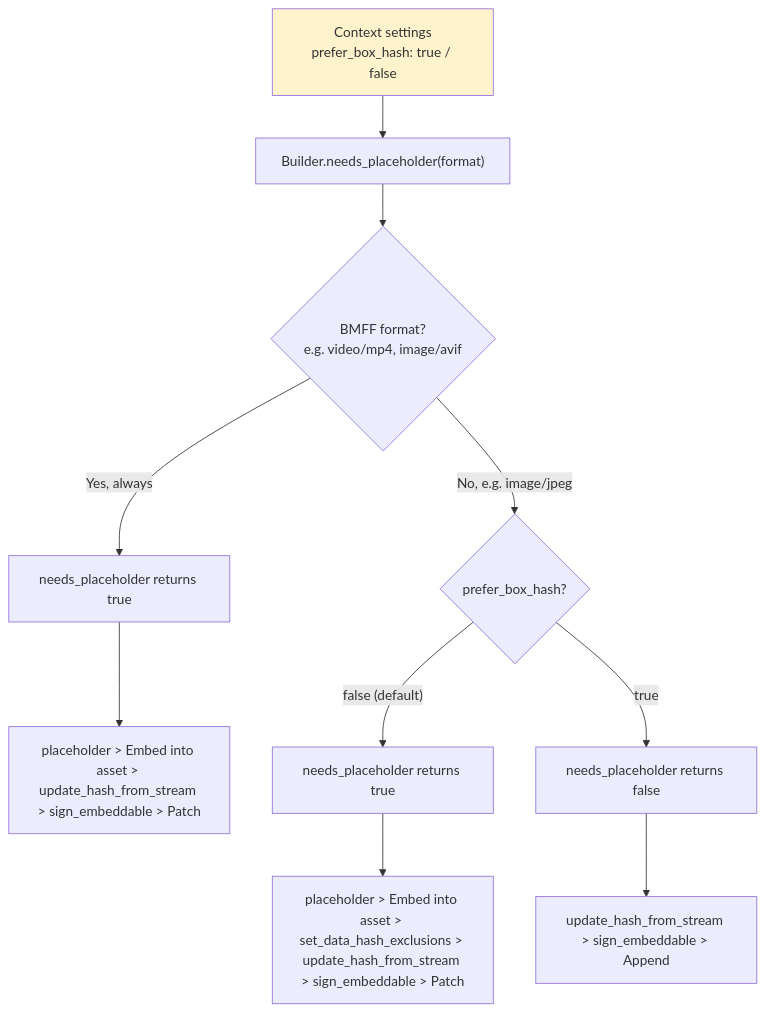
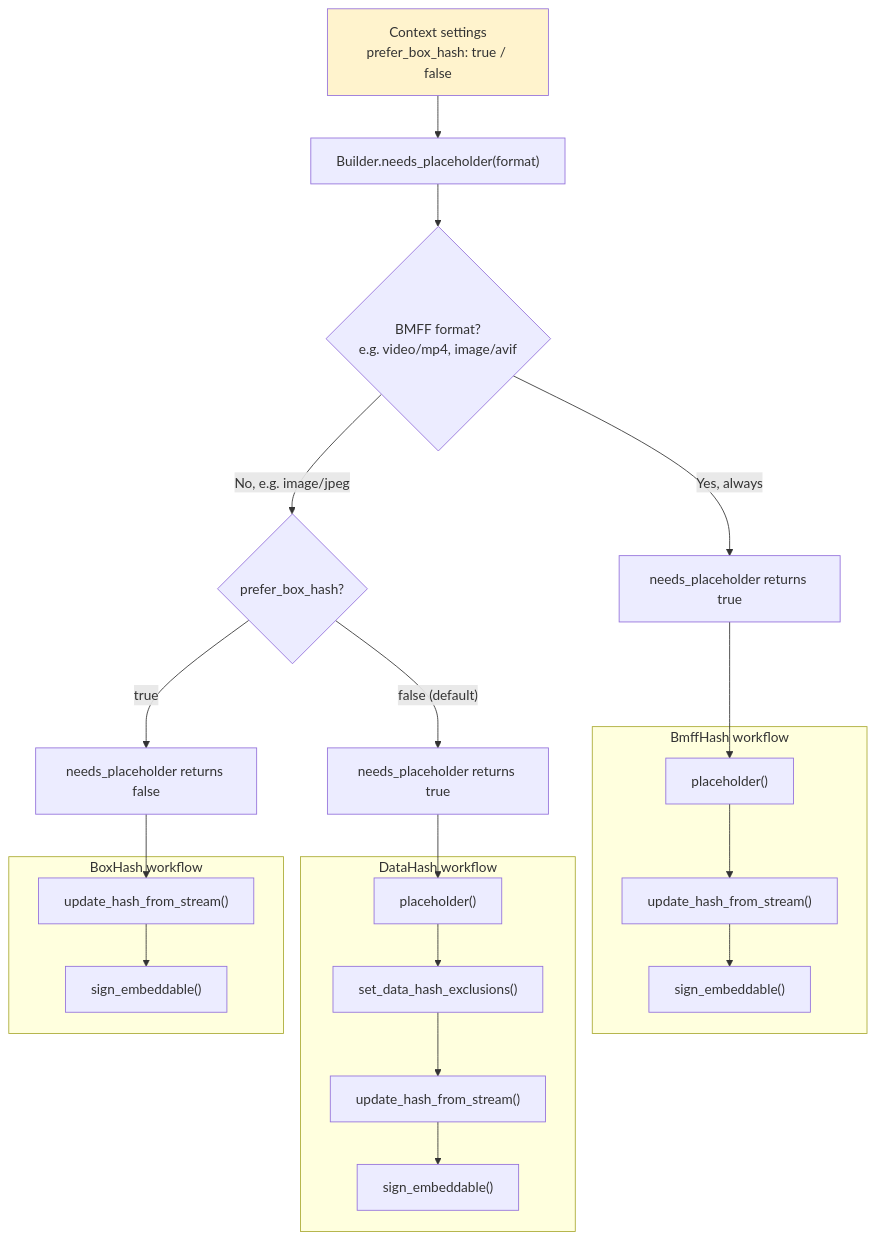
The first of 8 diagrams in docs/embeddable-api.md (contentauth/c2pa-c), drawn with Mermaid before and after one commit.

````diff
--- a/docs/embeddable-api.md
+++ b/docs/embeddable-api.md
@@ -51,20 +51,32 @@
 ```mermaid
 flowchart TD
     Settings["Context settings<br/>prefer_box_hash: true / false"]
     Start["Builder.needs_placeholder(format)"]
 
     Settings --> Start
     Start --> IsBmff{BMFF format?<br/>e.g. video/mp4, image/avif}
     IsBmff -->|Yes, always| BmffTrue["needs_placeholder returns true"]
-    BmffTrue --> BmffSteps["placeholder > Embed into asset > update_hash_from_stream > sign_embeddable > Patch"]
+    IsBmff -->|No, e.g. image/jpeg| BoxCheck{"prefer_box_hash?"}
+    BoxCheck -->|"false (default)"| DHTrue["needs_placeholder returns true"]
+    BoxCheck -->|"true"| BHFalse["needs_placeholder returns false"]
 
-    IsBmff -->|No, e.g. image/jpeg| BoxCheck{"prefer_box_hash?"}
+    BmffTrue --> BmffPH["placeholder()"]
+    subgraph BmffFlow ["BmffHash workflow"]
+        BmffPH --> BmffHash["update_hash_from_stream()"]
+        BmffHash --> BmffSign["sign_embeddable()"]
+    end
 
-    BoxCheck -->|"false (default)"| DHTrue["needs_placeholder returns true"]
-    DHTrue --> DHSteps["placeholder > Embed into asset > set_data_hash_exclusions > update_hash_from_stream > sign_embeddable > Patch"]
+    DHTrue --> DHPH["placeholder()"]
+    subgraph DHFlow ["DataHash workflow"]
+        DHPH --> DHExcl["set_data_hash_exclusions()"]
+        DHExcl --> DHHash["update_hash_from_stream()"]
+        DHHash --> DHSign["sign_embeddable()"]
+    end
 
-    BoxCheck -->|"true"| BHFalse["needs_placeholder returns false"]
-    BHFalse --> BHSteps["update_hash_from_stream > sign_embeddable > Append"]
+    BHFalse --> BHHash["update_hash_from_stream()"]
+    subgraph BHFlow ["BoxHash workflow"]
+        BHHash --> BHSign["sign_embeddable()"]
+    end
 
     style Settings fill:#fff3cd
 ```
````
